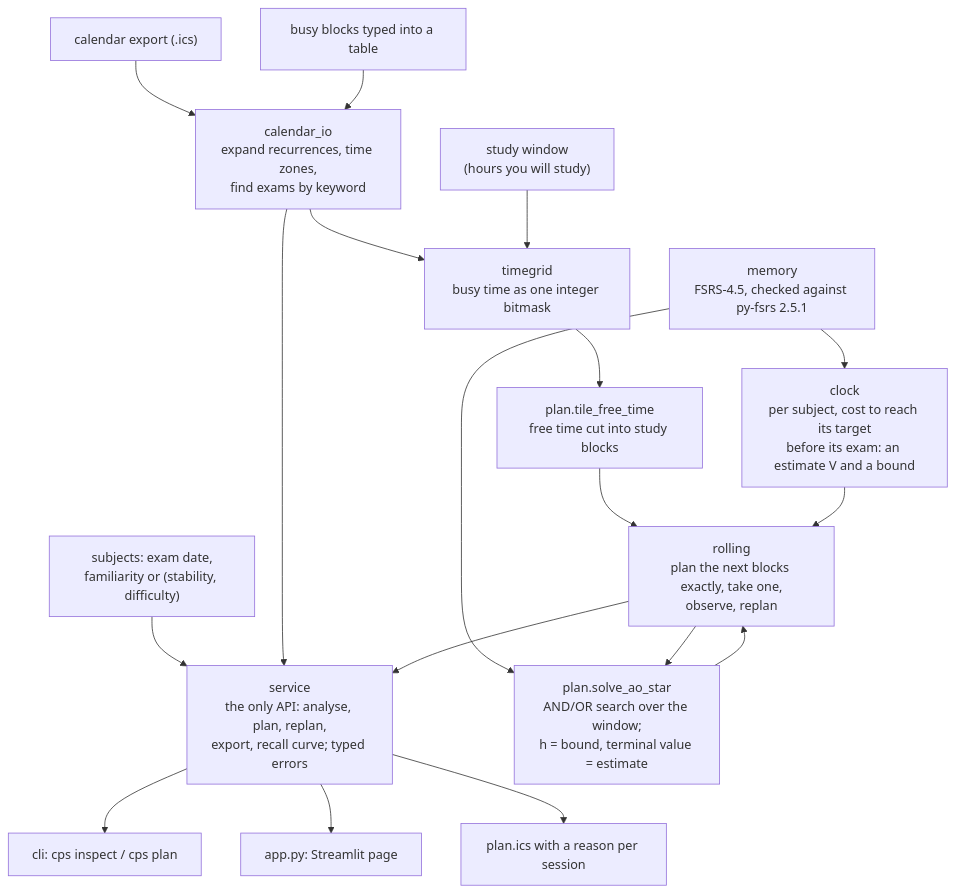
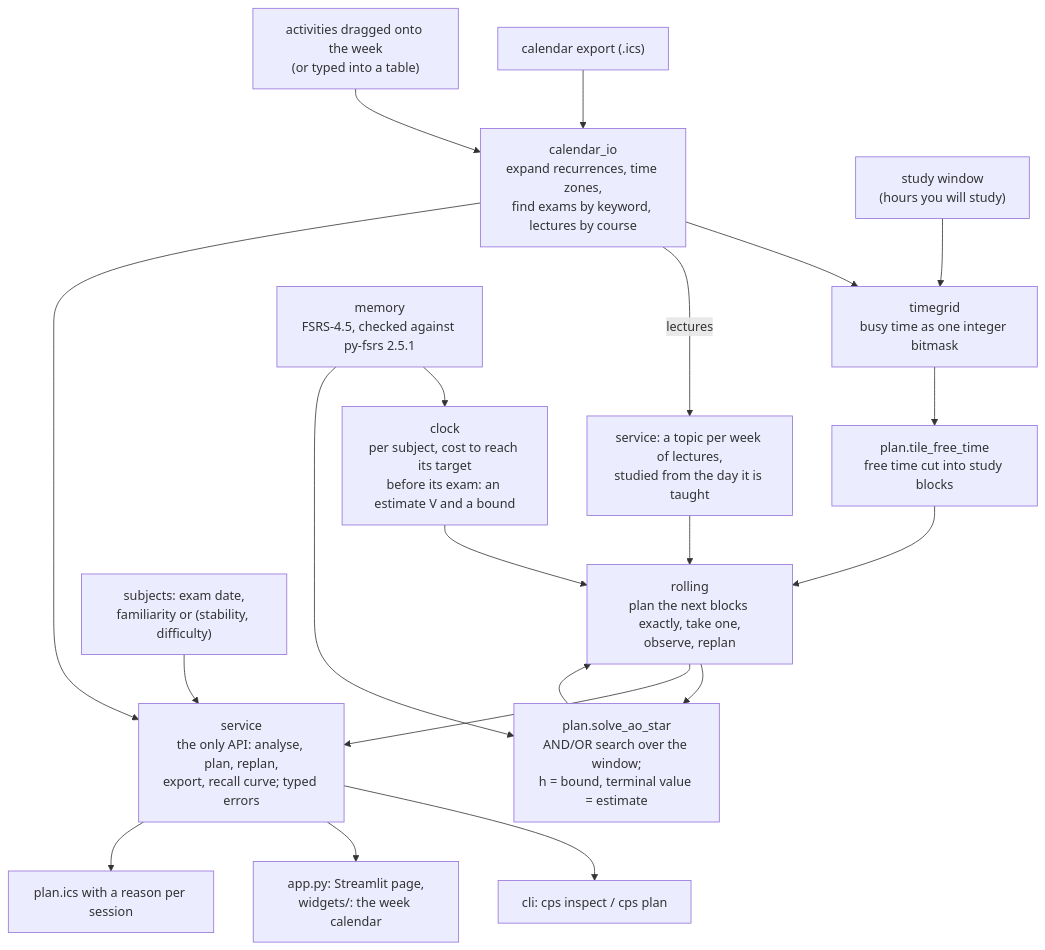
One commit to emanuelefrancescorestivo/Constrained-Path-Scheduler changed the diagram in docs/ARCHITECTURE.md. Above: the diagram before and after it, drawn with Mermaid. The commit also changed other lines of this file and 24 other files, not shown here.

````diff
--- a/docs/ARCHITECTURE.md
+++ b/docs/ARCHITECTURE.md
@@ -6,24 +6,26 @@
 ```mermaid
 flowchart TD
     ICS["calendar export (.ics)"] --> CIO
-    ROWS["busy blocks typed into a table"] --> CIO
-    CIO["calendar_io<br/>expand recurrences, time zones,<br/>find exams by keyword"] --> GRID
+    ROWS["activities dragged onto the week<br/>(or typed into a table)"] --> CIO
+    CIO["calendar_io<br/>expand recurrences, time zones,<br/>find exams by keyword, lectures by course"] --> GRID
     WIN["study window<br/>(hours you will study)"] --> GRID
     GRID["timegrid<br/>busy time as one integer bitmask"] --> TILE
     TILE["plan.tile_free_time<br/>free time cut into study blocks"] --> ROLL
 
     SPEC["subjects: exam date,<br/>familiarity or (stability, difficulty)"] --> SVC
+    CIO -- "lectures" --> TOPICS["service: a topic per week of lectures,<br/>studied from the day it is taught"]
+    TOPICS --> ROLL
     MEM["memory<br/>FSRS-4.5, checked against py-fsrs 2.5.1"] --> CLOCK
     MEM --> AOSTAR
 
     CLOCK["clock<br/>per subject, cost to reach its target<br/>before its exam: an estimate V and a bound"] --> ROLL
     ROLL["rolling<br/>plan the next blocks exactly, take one,<br/>observe, replan"] --> AOSTAR
     AOSTAR["plan.solve_ao_star<br/>AND/OR search over the window;<br/>h = bound, terminal value = estimate"] --> ROLL
 
     SVC["service<br/>the only API: analyse, plan, replan,<br/>export, recall curve; typed errors"]
     CIO --> SVC
     ROLL --> SVC
     SVC --> CLI["cli: cps inspect / cps plan"]
-    SVC --> APP["app.py: Streamlit page"]
+    SVC --> APP["app.py: Streamlit page,<br/>widgets/: the week calendar"]
     SVC --> OUT["plan.ics with a reason per session"]
 ```
````
